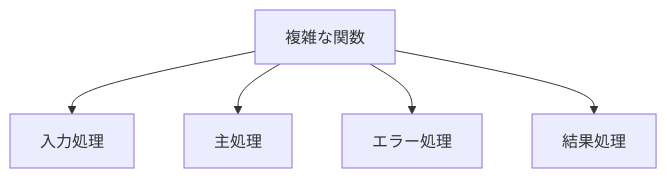
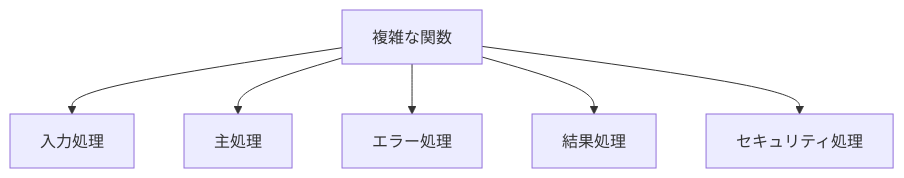
One commit to tkosht/cursor_dev changed the third of 4 diagrams in memory-bank/systemPatterns.md. Above: the diagram before and after it, drawn with Mermaid. The commit also changed other lines of this file and 10 other files, not shown here.

````diff
--- a/memory-bank/systemPatterns.md
+++ b/memory-bank/systemPatterns.md
@@ -239,7 +245,8 @@
 ```mermaid
 graph TD
     A[複雑な関数] --> B[入力処理]
     A --> C[主処理]
     A --> D[エラー処理]
     A --> E[結果処理]
+    A --> F[セキュリティ処理]
 ```
````
